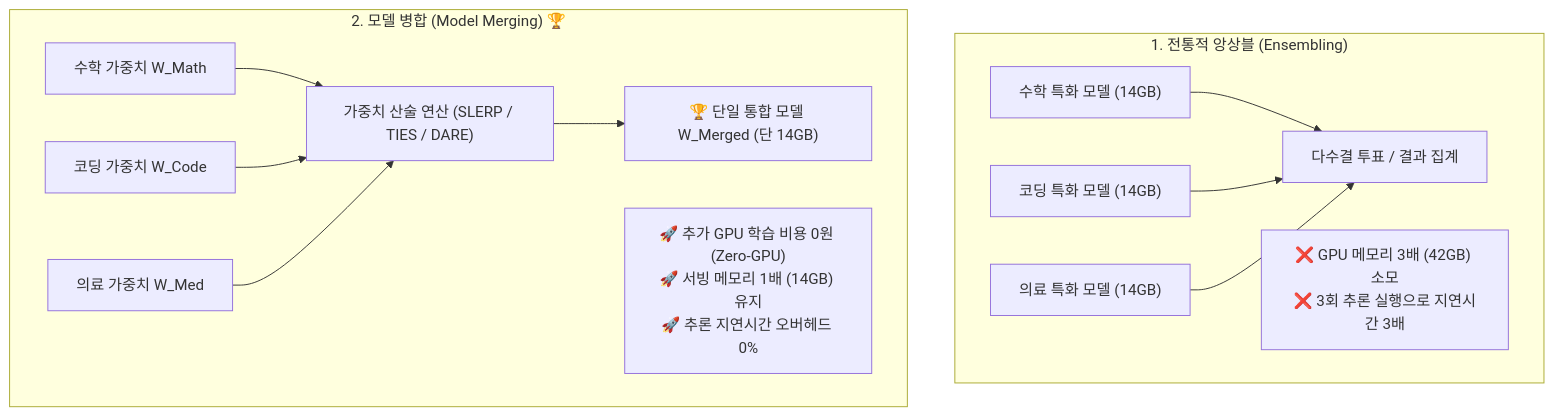
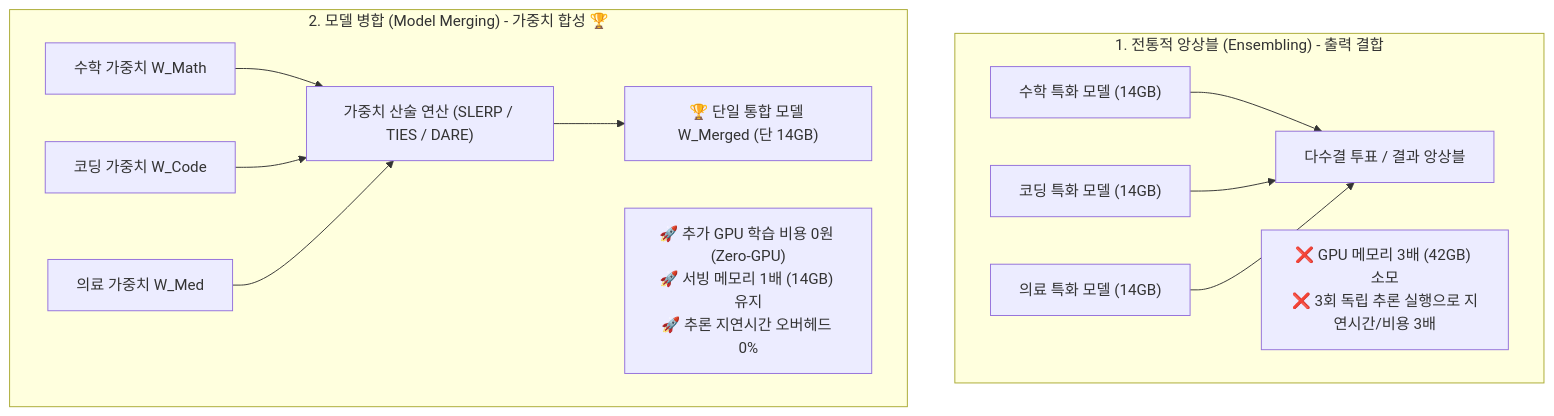
The first of 5 diagrams in chapter-qa/ch07-fine-tuning-qa/04-model-merging-and-weight-arithmetic.md (sing-u8/AI-Engineering), drawn with Mermaid before and after one commit. The commit also changed other lines of this file, not shown here.

Commit message:
docs(ch07): 04 문서에 멀티태스크 파인튜닝 패러다임, 연합학습, Model Soups 완결판 보강

````diff
--- a/chapter-qa/ch07-fine-tuning-qa/04-model-merging-and-weight-arithmetic.md
+++ b/chapter-qa/ch07-fine-tuning-qa/04-model-merging-and-weight-arithmetic.md
@@ -37,21 +60,21 @@
 ```mermaid
 flowchart TD
-    subgraph Ensemble["1. 전통적 앙상블 (Ensembling)"]
+    subgraph Ensemble["1. 전통적 앙상블 (Ensembling) - 출력 결합"]
         E1["수학 특화 모델 (14GB)"]
         E2["코딩 특화 모델 (14GB)"]
         E3["의료 특화 모델 (14GB)"]
-        Vote["다수결 투표 / 결과 집계"]
+        Vote["다수결 투표 / 결과 앙상블"]
         E1 & E2 & E3 --> Vote
-        NoteE["❌ GPU 메모리 3배 (42GB) 소모\n❌ 3회 추론 실행으로 지연시간 3배"]
+        NoteE["❌ GPU 메모리 3배 (42GB) 소모\n❌ 3회 독립 추론 실행으로 지연시간/비용 3배"]
     end
 
-    subgraph Merging["2. 모델 병합 (Model Merging) 🏆"]
+    subgraph Merging["2. 모델 병합 (Model Merging) - 가중치 합성 🏆"]
         M1["수학 가중치 W_Math"]
         M2["코딩 가중치 W_Code"]
         M3["의료 가중치 W_Med"]
         Calc["가중치 산술 연산 (SLERP / TIES / DARE)"]
         Single["🏆 단일 통합 모델 W_Merged (단 14GB)"]
         M1 & M2 & M3 --> Calc --> Single
         NoteM["🚀 추가 GPU 학습 비용 0원 (Zero-GPU)\n🚀 서빙 메모리 1배 (14GB) 유지\n🚀 추론 지연시간 오버헤드 0%"]
     end
 ```
````
